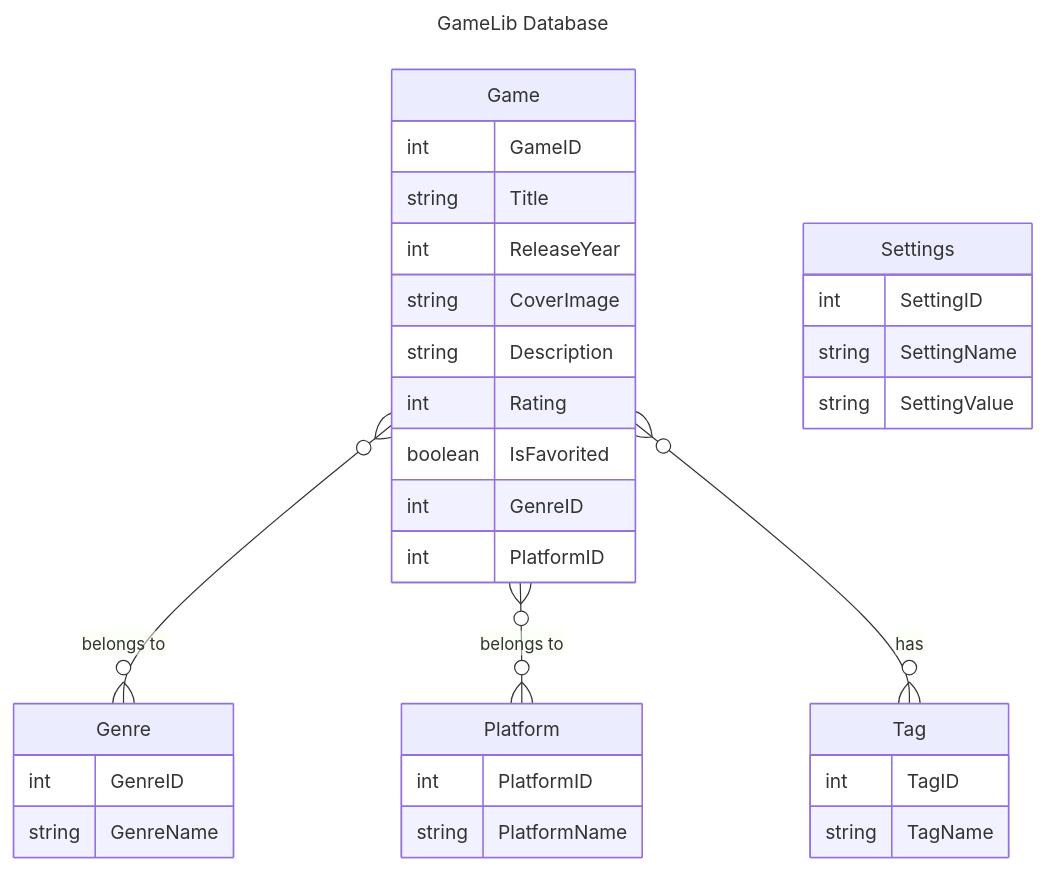
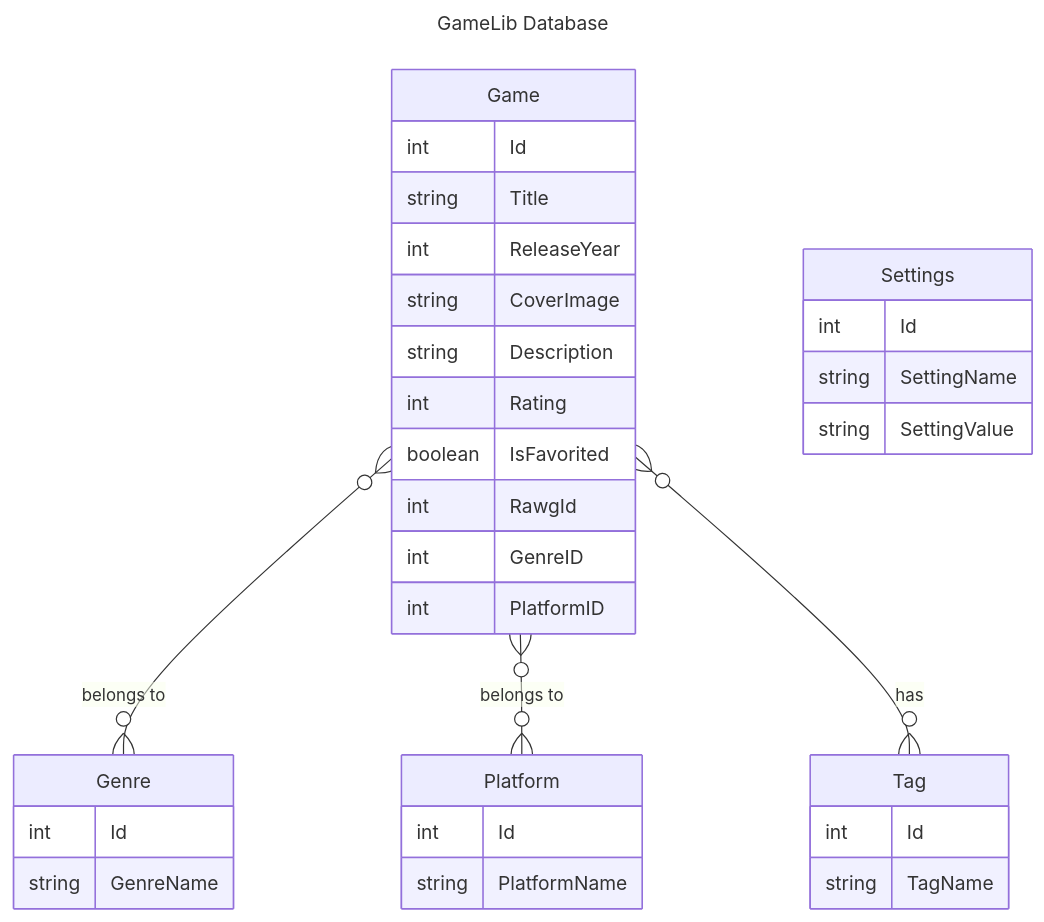
One commit to barthofu/gamelib changed the diagram in docs/Database.mmd. Above: the diagram before and after it, drawn with Mermaid. The commit also changed 6 other files, not shown here.

```diff
--- a/docs/Database.mmd
+++ b/docs/Database.mmd
@@ -1,41 +1,42 @@
 ---
 title: "GameLib Database"
 ---
 
 erDiagram
     Game o{--o{ Genre: "belongs to"
     Game o{--o{ Platform: "belongs to"
     Game o{--o{ Tag: "has"
 
     Game {
-        int GameID
+        int Id
         string Title
         int ReleaseYear
         string CoverImage
         string Description
         int Rating
         boolean IsFavorited
+        int RawgId
         int GenreID
         int PlatformID
     }
 
     Tag {
-        int TagID
+        int Id
         string TagName
     }
 
     Genre {
-        int GenreID
+        int Id
         string GenreName
     }
 
     Platform {
-        int PlatformID
+        int Id
         string PlatformName
     }
 
     Settings {
-        int SettingID
+        int Id
         string SettingName
         string SettingValue
     }
```
